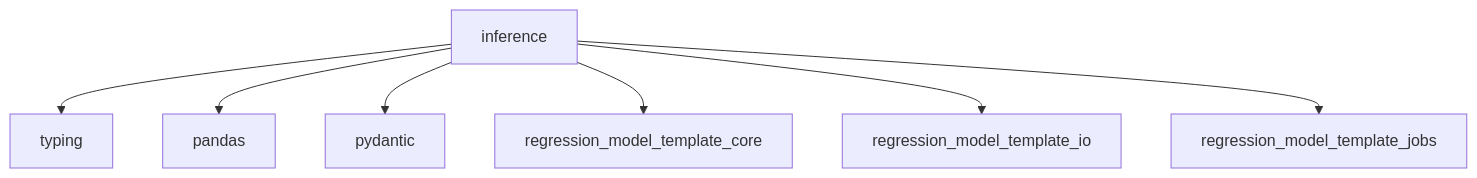
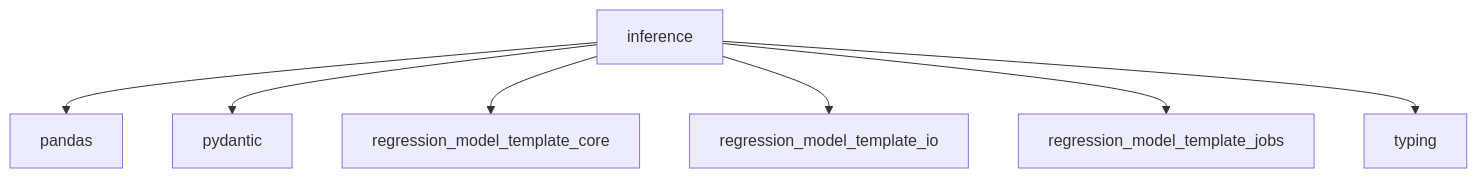
The second of 2 diagrams in wiki/inference.md (lgcorzo/mlops-python-package), drawn with Mermaid before and after one commit. The commit also changed other lines of this file and 31 other files, not shown here.

````diff
--- a/wiki/inference.md
+++ b/wiki/inference.md
@@ -28,9 +28,10 @@
 ```mermaid
 flowchart TD
-    inference --> typing
+
     inference --> pandas
     inference --> pydantic
     inference --> regression_model_template_core
     inference --> regression_model_template_io
     inference --> regression_model_template_jobs
+    inference --> typing
 ```
````
